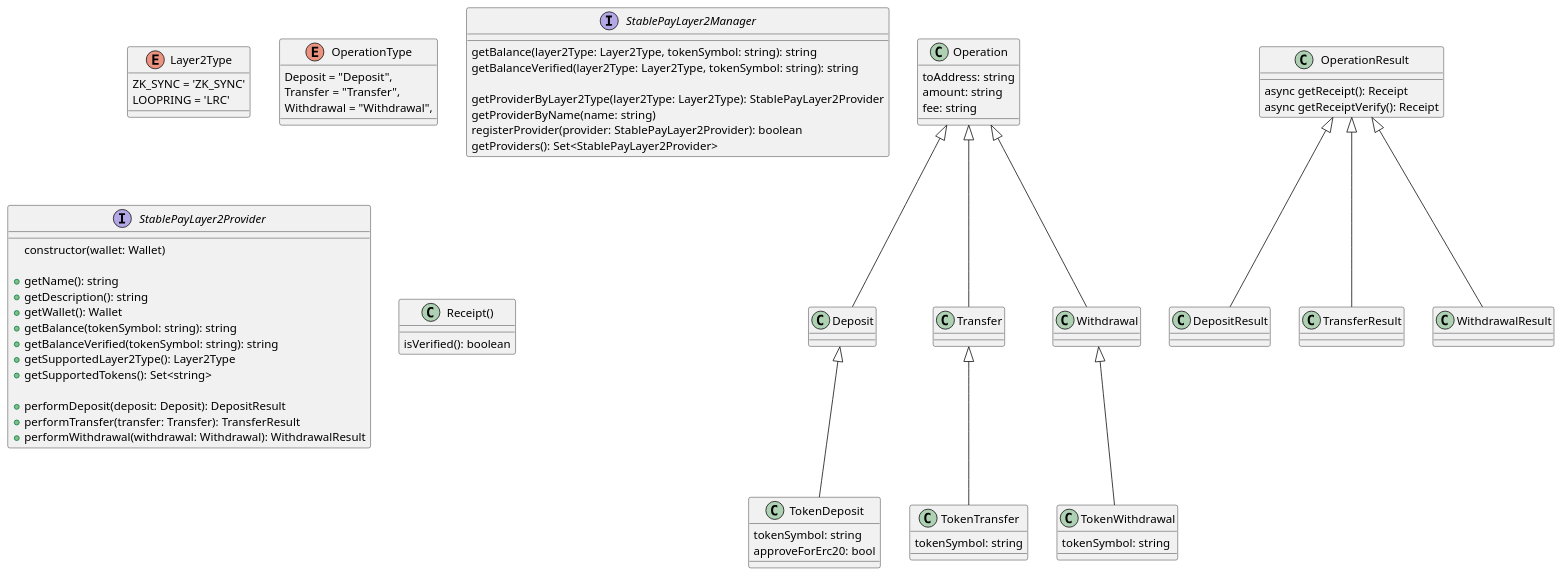
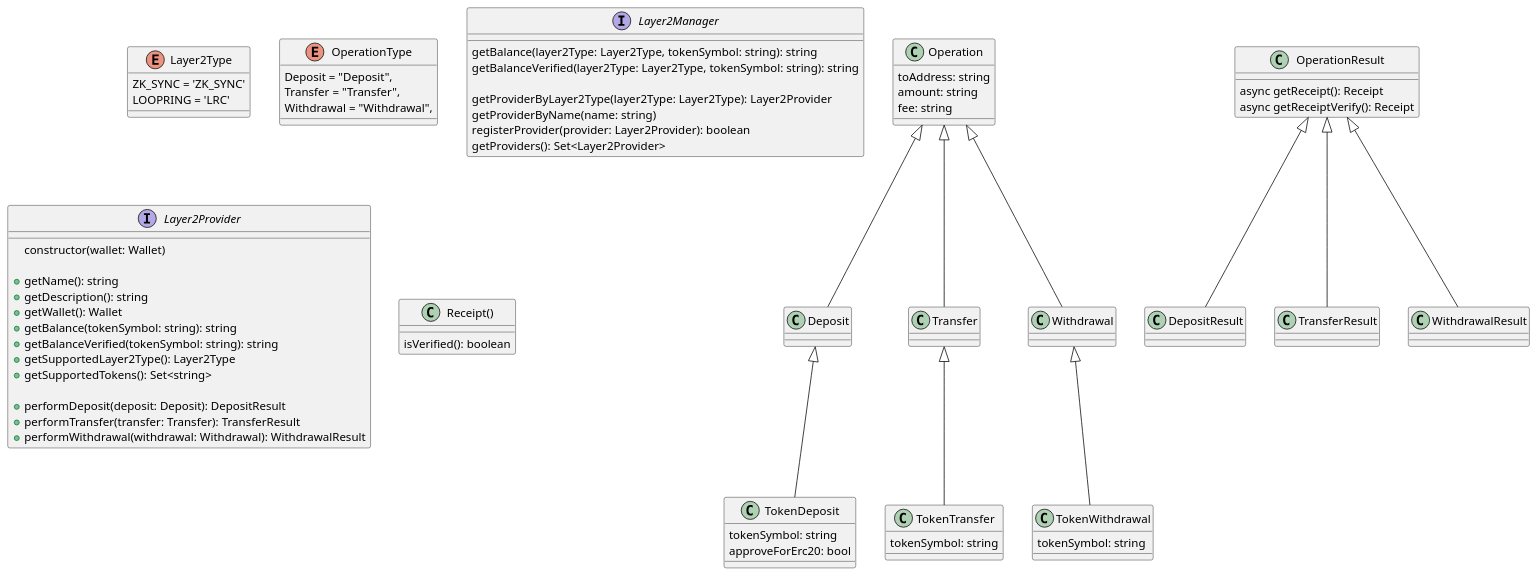
The diagram in docs/design.puml (isekai0/sdk_l2), drawn with PlantUML before and after one commit. The commit also changed 13 other files, not shown here.

```diff
--- a/docs/design.puml
+++ b/docs/design.puml
@@ -1,93 +1,93 @@
 @startuml covid sos datamodel
 
 enum Layer2Type {
   ZK_SYNC = 'ZK_SYNC'
   LOOPRING = 'LRC'
 }
 
 enum OperationType {
   Deposit = "Deposit",
   Transfer = "Transfer",
   Withdrawal = "Withdrawal",
 }
 
 class Operation {
   toAddress: string
   amount: string
   fee: string
 }
 
 class Deposit {
 }
 Operation <|-- Deposit
 class TokenDeposit {
   tokenSymbol: string
   approveForErc20: bool
 }
 Deposit <|-- TokenDeposit
 
 class Transfer {
 }
 Operation <|-- Transfer
 class TokenTransfer {
   tokenSymbol: string
 }
 Transfer <|-- TokenTransfer
 
 class Withdrawal {
 }
 Operation <|-- Withdrawal
 class TokenWithdrawal {
   tokenSymbol: string
 }
 Withdrawal <|-- TokenWithdrawal
 
 
-interface StablePayLayer2Manager {
+interface Layer2Manager {
   getBalance(layer2Type: Layer2Type, tokenSymbol: string): string
   getBalanceVerified(layer2Type: Layer2Type, tokenSymbol: string): string
 
-  getProviderByLayer2Type(layer2Type: Layer2Type): StablePayLayer2Provider
+  getProviderByLayer2Type(layer2Type: Layer2Type): Layer2Provider
   getProviderByName(name: string)
-  registerProvider(provider: StablePayLayer2Provider): boolean
-  getProviders(): Set<StablePayLayer2Provider>
+  registerProvider(provider: Layer2Provider): boolean
+  getProviders(): Set<Layer2Provider>
 }
 
-interface StablePayLayer2Provider {
+interface Layer2Provider {
   constructor(wallet: Wallet)
 
   + getName(): string
   + getDescription(): string
   + getWallet(): Wallet
   + getBalance(tokenSymbol: string): string
   + getBalanceVerified(tokenSymbol: string): string
   + getSupportedLayer2Type(): Layer2Type
   + getSupportedTokens(): Set<string>
 
   + performDeposit(deposit: Deposit): DepositResult
   + performTransfer(transfer: Transfer): TransferResult
   + performWithdrawal(withdrawal: Withdrawal): WithdrawalResult
 }
 
 class OperationResult {
   async getReceipt(): Receipt
   async getReceiptVerify(): Receipt
 }
 
 class DepositResult {
 }
 OperationResult <|-- DepositResult
 
 class TransferResult {
 }
 OperationResult <|-- TransferResult
 
 class WithdrawalResult {
 }
 OperationResult <|-- WithdrawalResult
 
 class Receipt() {
   isVerified(): boolean
 }
 
 @enduml
```
